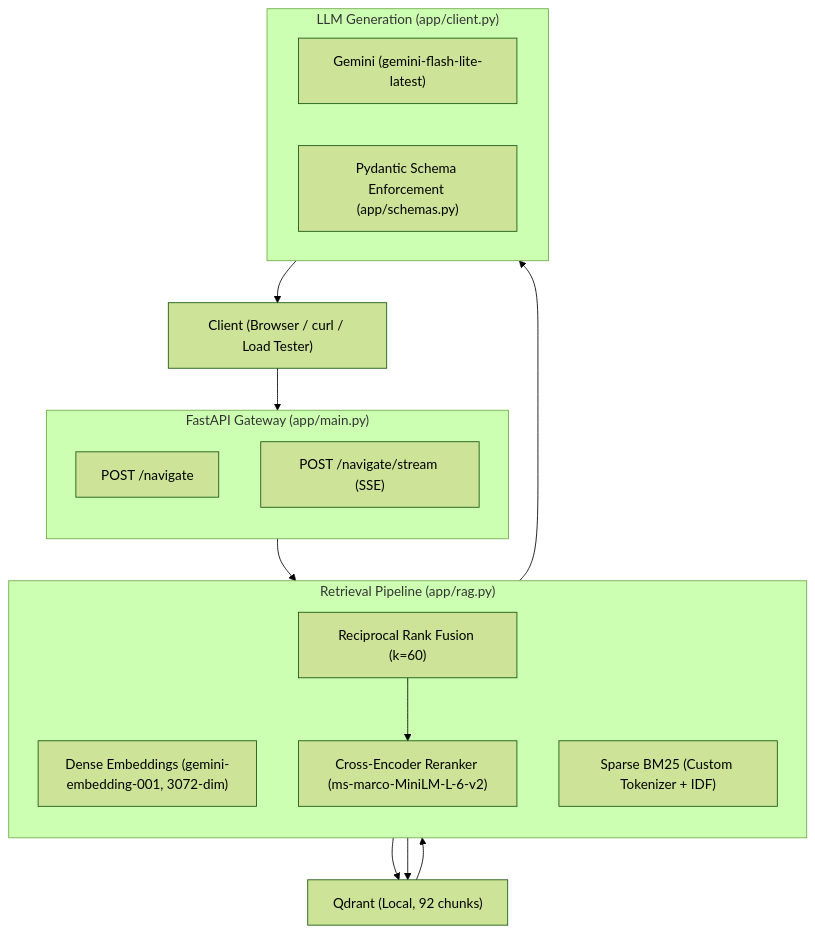
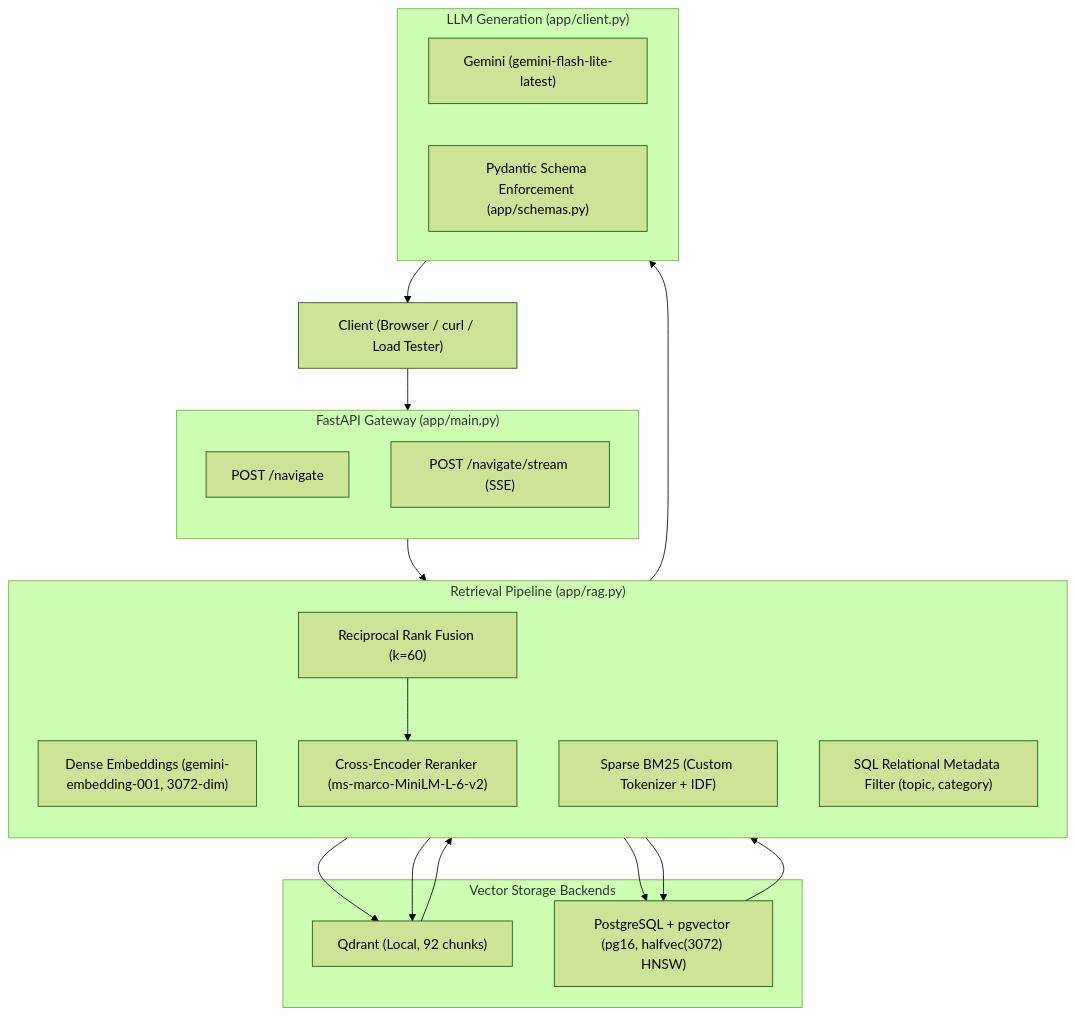
One commit to k-nikhil-coder/tutorial-hell-navigator changed the diagram in README.md. Above: the diagram before and after it, drawn with Mermaid (forest theme). The commit also changed other lines of this file and 16 other files, not shown here.

Commit message:
feat(day-41): integrate PostgreSQL + pgvector, benchmark vs Qdrant, and harden refusal gate

````diff
--- a/README.md
+++ b/README.md
@@ -34,34 +34,41 @@
 ```mermaid
 flowchart TD
     Client["Client (Browser / curl / Load Tester)"]
 
     subgraph FastAPI["FastAPI Gateway (app/main.py)"]
         direction TB
         Navigate["POST /navigate"]
         Stream["POST /navigate/stream (SSE)"]
     end
 
     subgraph Retrieval["Retrieval Pipeline (app/rag.py)"]
         direction TB
         Dense["Dense Embeddings (gemini-embedding-001, 3072-dim)"]
         BM25["Sparse BM25 (Custom Tokenizer + IDF)"]
         RRF["Reciprocal Rank Fusion (k=60)"]
         Reranker["Cross-Encoder Reranker (ms-marco-MiniLM-L-6-v2)"]
+        SQLFilter["SQL Relational Metadata Filter (topic, category)"]
+    end
+
+    subgraph VectorBackends["Vector Storage Backends"]
+        Qdrant["Qdrant (Local, 92 chunks)"]
+        PgVector["PostgreSQL + pgvector (pg16, halfvec(3072) HNSW)"]
     end
 
     subgraph Generation["LLM Generation (app/client.py)"]
         Gemini["Gemini (gemini-flash-lite-latest)"]
         Schema["Pydantic Schema Enforcement (app/schemas.py)"]
     end
 
-    Qdrant["Qdrant (Local, 92 chunks)"]
-
     Client --> FastAPI
     FastAPI --> Retrieval
     Dense --> Qdrant
+    Dense --> PgVector
     BM25 --> Qdrant
+    SQLFilter --> PgVector
     Qdrant --> RRF
+    PgVector --> RRF
     RRF --> Reranker
     Reranker --> Generation
     Generation --> Client
 ```
````
